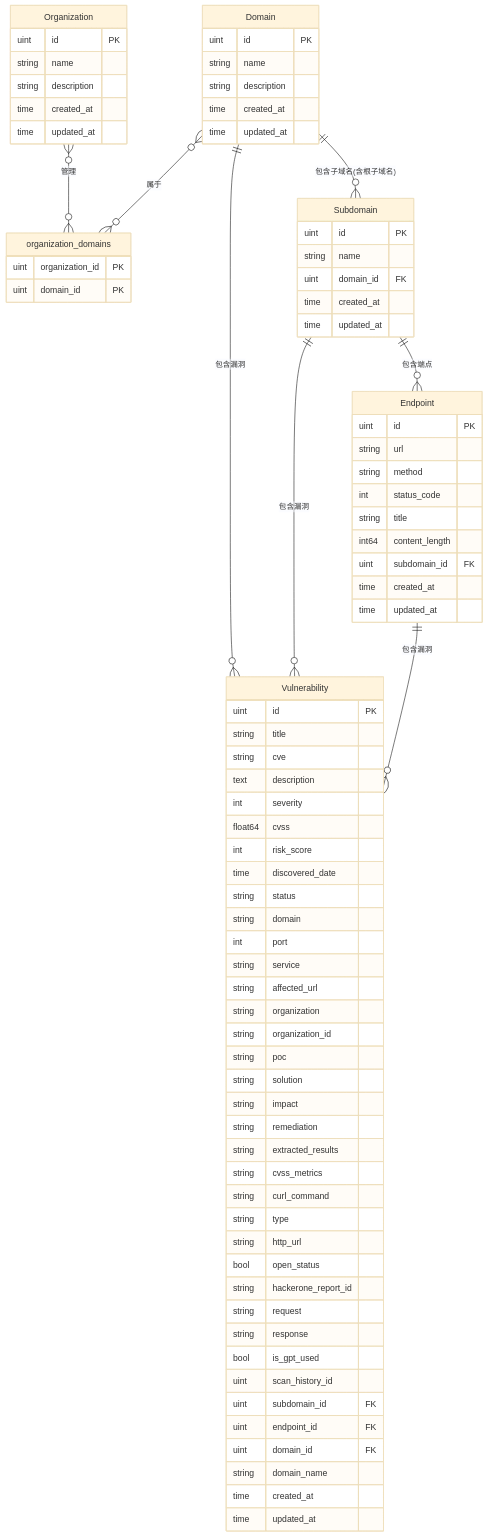
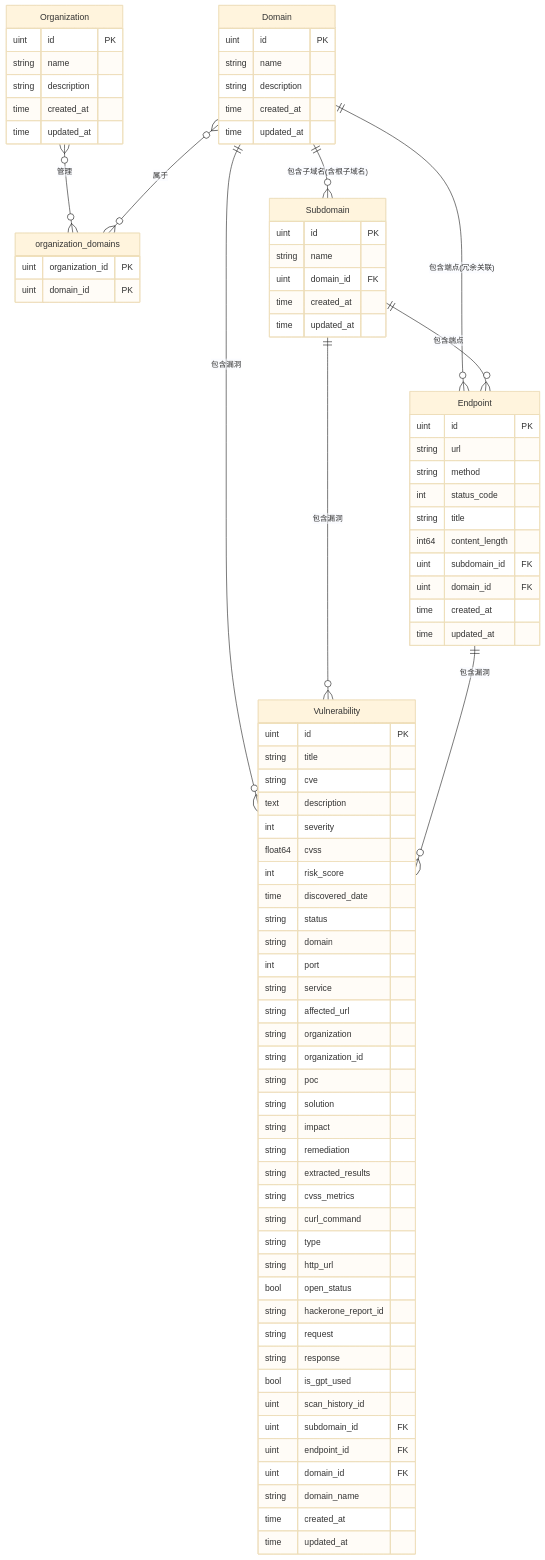
The diagram in docs/当前模型设计.md (yyhuni/my-vulun-scan), drawn with Mermaid (base theme) before and after one commit. The commit also changed other lines of this file and 15 other files, not shown here.

```diff
--- a/docs/当前模型设计.md
+++ b/docs/当前模型设计.md
@@ -191,6 +201,7 @@
     Organization }o--o{ organization_domains : "管理"
     Domain }o--o{ organization_domains : "属于"
     Domain ||--o{ Subdomain : "包含子域名(含根子域名)"
+    Domain ||--o{ Endpoint : "包含端点(冗余关联)"
     Domain ||--o{ Vulnerability : "包含漏洞"
     Subdomain ||--o{ Endpoint : "包含端点"
     Subdomain ||--o{ Vulnerability : "包含漏洞"
@@ -228,6 +239,7 @@
         string title
         int64 content_length
         uint subdomain_id FK
+        uint domain_id FK
         time created_at
         time updated_at
     }
```
